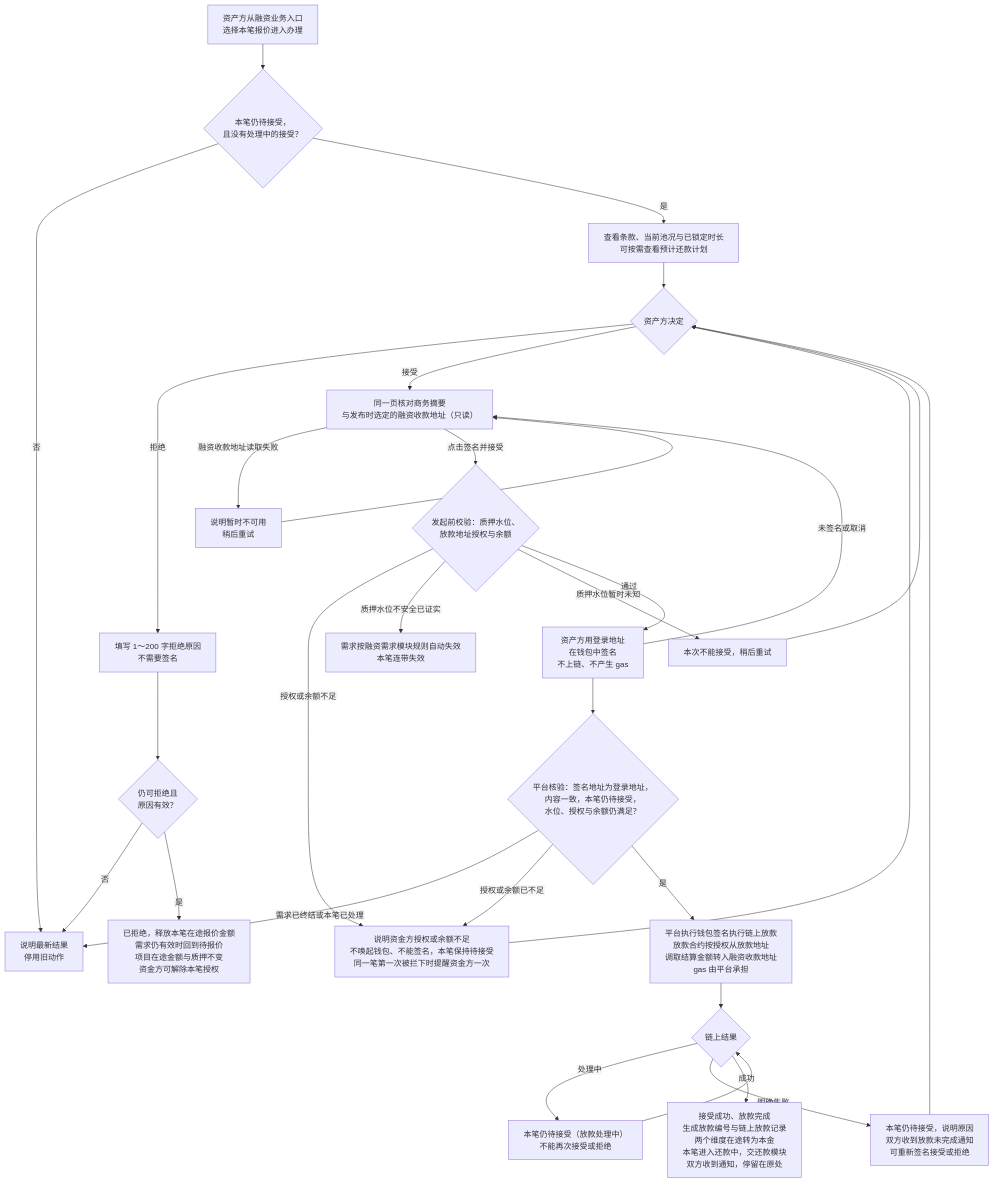
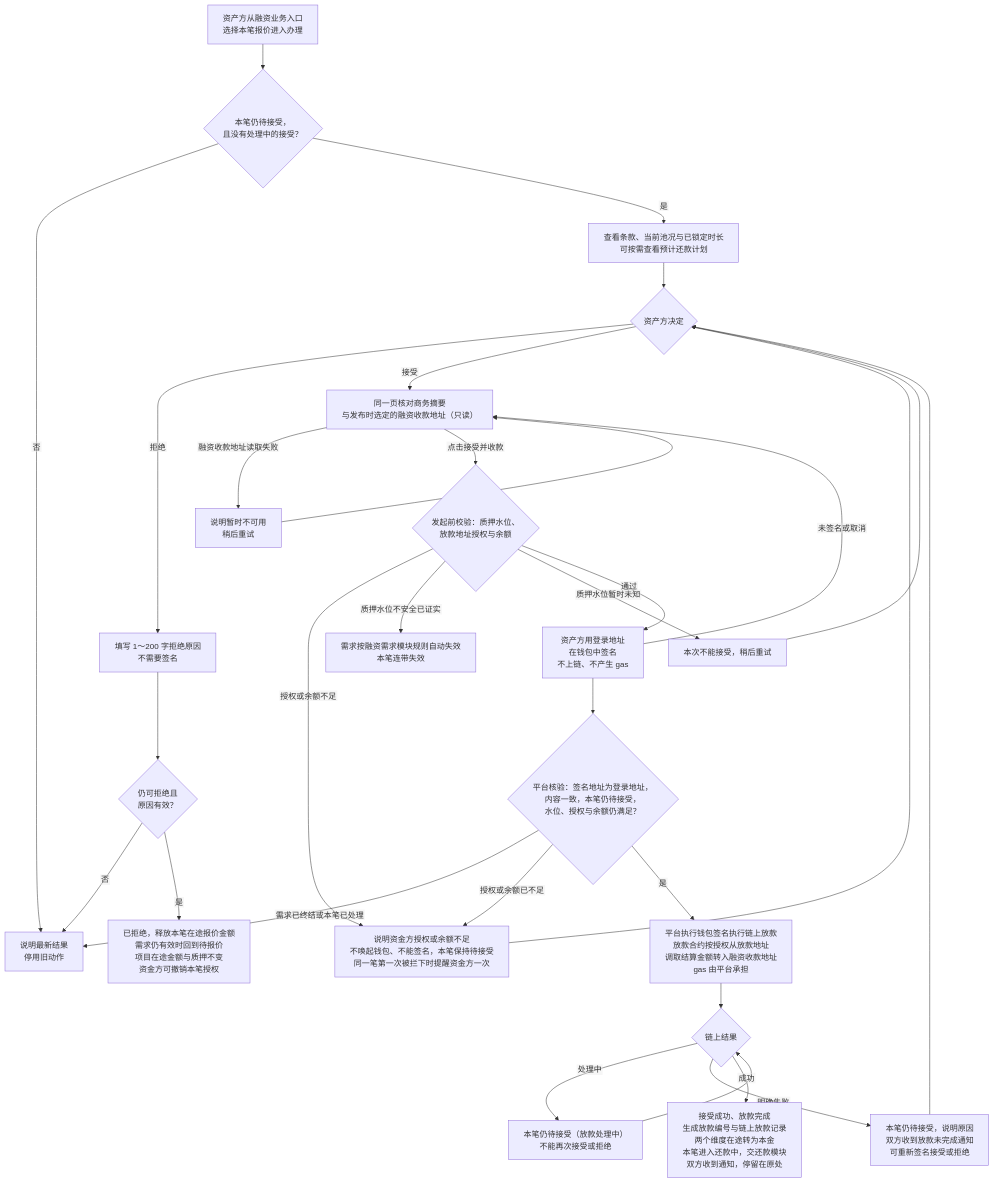
Before and after one commit to wxblockchain/Chain-Financing: the second of 10 diagrams in lending-platform/PRD/面客端/06-借贷广场-授信报价与接受拒绝/02-授信报价与接受拒绝-流程图与状态机.md, drawn with Mermaid. The commit also changed other lines of this file and 5 other files, not shown here.

````diff
--- a/lending-platform/PRD/面客端/06-借贷广场-授信报价与接受拒绝/02-授信报价与接受拒绝-流程图与状态机.md
+++ b/lending-platform/PRD/面客端/06-借贷广场-授信报价与接受拒绝/02-授信报价与接受拒绝-流程图与状态机.md
@@ -59,33 +65,33 @@
 ```mermaid
 %%{init: {"flowchart": {"htmlLabels": false, "wrappingWidth": 400}}}%%
 flowchart TD
   A["资产方从融资业务入口<br/>选择本笔报价进入办理"] --> B{"本笔仍待接受，<br/>且没有处理中的接受？"}
   B -->|"否"| X["说明最新结果<br/>停用旧动作"]
   B -->|"是"| C["查看条款、当前池况与已锁定时长<br/>可按需查看预计还款计划"]
   C --> D{"资产方决定"}
   D -->|"拒绝"| R["填写 1～200 字拒绝原因<br/>不需要签名"]
   R --> R1{"仍可拒绝且<br/>原因有效？"}
   R1 -->|"否"| X
-  R1 -->|"是"| R2["已拒绝，释放本笔在途报价金额<br/>需求仍有效时回到待报价<br/>项目在途金额与质押不变<br/>资金方可解除本笔授权"]
+  R1 -->|"是"| R2["已拒绝，释放本笔在途报价金额<br/>需求仍有效时回到待报价<br/>项目在途金额与质押不变<br/>资金方可撤销本笔授权"]
   D -->|"接受"| E["同一页核对商务摘要<br/>与发布时选定的融资收款地址（只读）"]
   E -->|"融资收款地址读取失败"| E1["说明暂时不可用<br/>稍后重试"]
   E1 --> E
-  E -->|"点击签名并接受"| P{"发起前校验：质押水位、<br/>放款地址授权与余额"}
+  E -->|"点击接受并收款"| P{"发起前校验：质押水位、<br/>放款地址授权与余额"}
   P -->|"授权或余额不足"| P1["说明资金方授权或余额不足<br/>不唤起钱包、不能签名，本笔保持待接受<br/>同一笔第一次被拦下时提醒资金方一次"]
   P1 --> D
   P -->|"质押水位不安全已证实"| P2["需求按融资需求模块规则自动失效<br/>本笔连带失效"]
   P -->|"质押水位暂时未知"| P3["本次不能接受，稍后重试"]
   P3 --> D
   P -->|"通过"| J["资产方用登录地址<br/>在钱包中签名<br/>不上链、不产生 gas"]
   J -->|"未签名或取消"| E
   J --> K{"平台核验：签名地址为登录地址，<br/>内容一致，本笔仍待接受，<br/>水位、授权与余额仍满足？"}
   K -->|"需求已终结或本笔已处理"| X
   K -->|"授权或余额已不足"| P1
   K -->|"是"| L["平台执行钱包签名执行链上放款<br/>放款合约按授权从放款地址<br/>调取结算金额转入融资收款地址<br/>gas 由平台承担"]
   L --> M{"链上结果"}
   M -->|"处理中"| M1["本笔仍待接受（放款处理中）<br/>不能再次接受或拒绝"]
   M1 --> M
   M -->|"明确失败"| M2["本笔仍待接受，说明原因<br/>双方收到放款未完成通知<br/>可重新签名接受或拒绝"]
   M2 --> D
   M -->|"成功"| N["接受成功、放款完成<br/>生成放款编号与链上放款记录<br/>两个维度在途转为本金<br/>本笔进入还款中，交还款模块<br/>双方收到通知，停留在原处"]
 ```
````
